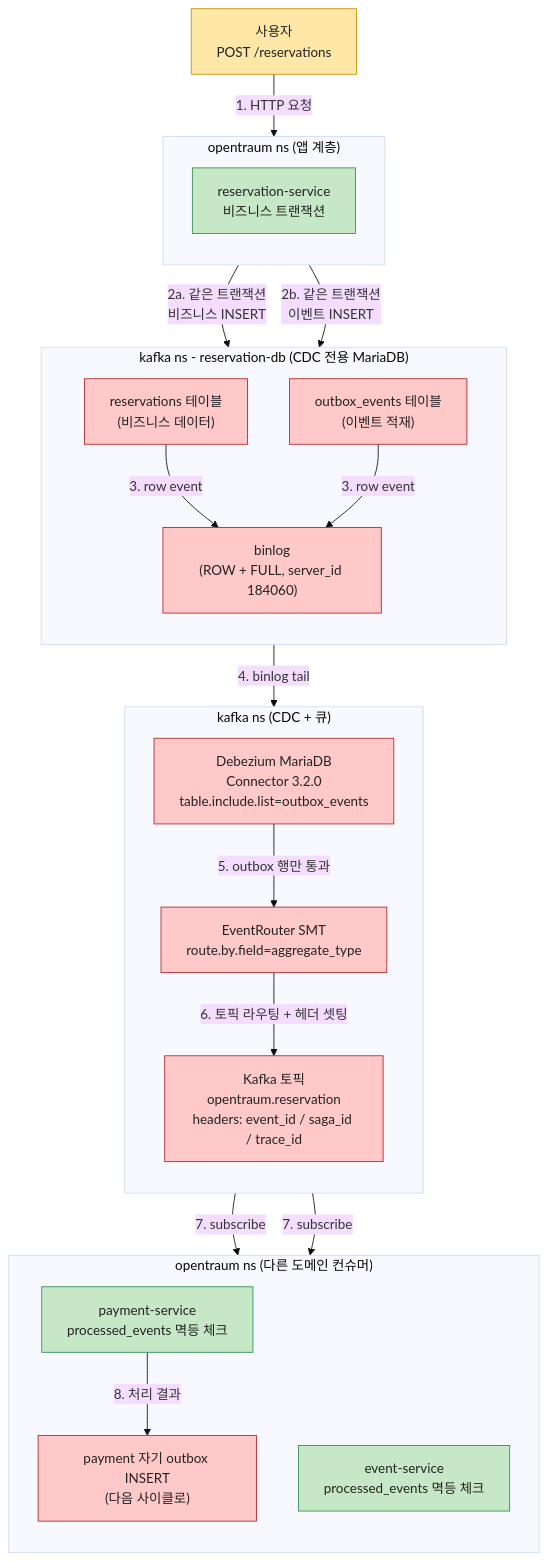
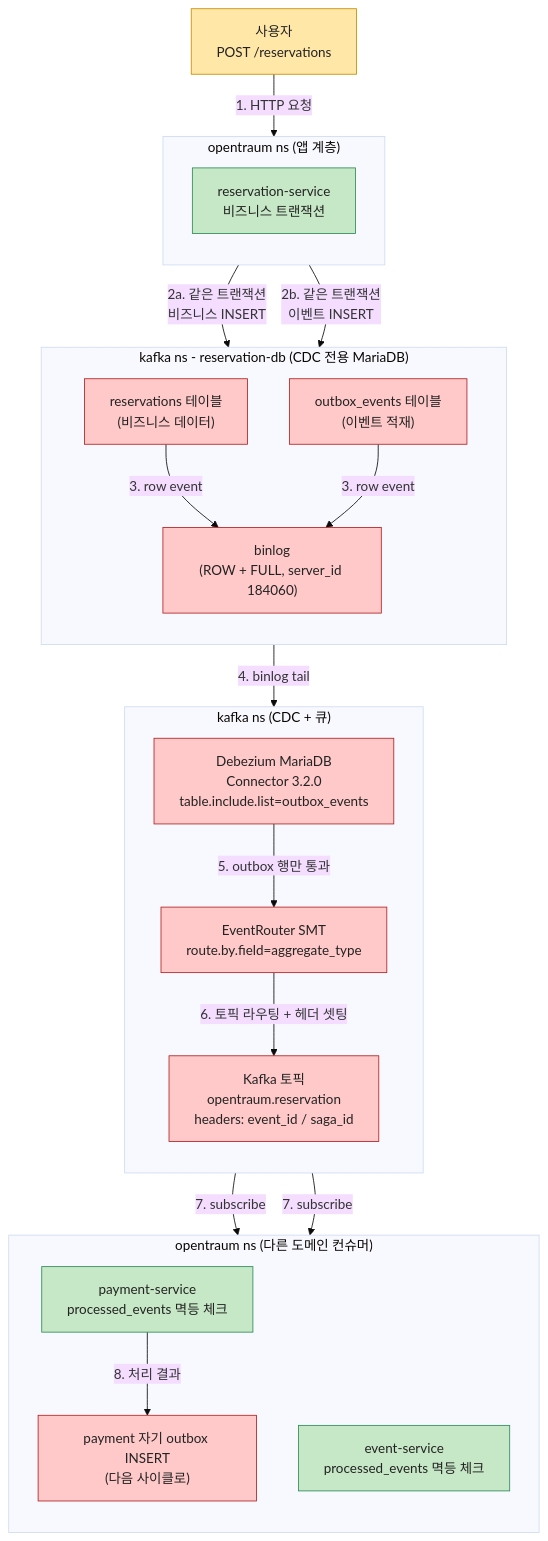
The first of 5 diagrams in docs/OPENTRAUM-INFRA-04-DATA.md (OpenTraum/OpenTraum-Infra), drawn with Mermaid before and after one commit. The commit also changed other lines of this file and 22 other files, not shown here.

````diff
--- a/docs/OPENTRAUM-INFRA-04-DATA.md
+++ b/docs/OPENTRAUM-INFRA-04-DATA.md
@@ -121,47 +120,47 @@
 ```mermaid
 %%{init: {'theme':'base'}}%%
 flowchart TB
   U["사용자<br/>POST /reservations"]:::user
 
   subgraph APP["opentraum ns (앱 계층)"]
     direction TB
     R["reservation-service<br/>비즈니스 트랜잭션"]:::app
   end
 
   subgraph DB["kafka ns - reservation-db (CDC 전용 MariaDB)"]
     direction TB
     BIZ["reservations 테이블<br/>(비즈니스 데이터)"]:::data
     OBX["outbox_events 테이블<br/>(이벤트 적재)"]:::data
     BIN["binlog<br/>(ROW + FULL, server_id 184060)"]:::data
   end
 
   subgraph CON["kafka ns (CDC + 큐)"]
     direction TB
     DEB["Debezium MariaDB<br/>Connector 3.2.0<br/>table.include.list=outbox_events"]:::data
     SMT["EventRouter SMT<br/>route.by.field=aggregate_type"]:::data
-    TOPIC["Kafka 토픽<br/>opentraum.reservation<br/>headers: event_id / saga_id / trace_id"]:::data
+    TOPIC["Kafka 토픽<br/>opentraum.reservation<br/>headers: event_id / saga_id"]:::data
   end
 
   subgraph CONS["opentraum ns (다른 도메인 컨슈머)"]
     direction TB
     PSVC["payment-service<br/>processed_events 멱등 체크"]:::app
     ESVC["event-service<br/>processed_events 멱등 체크"]:::app
     POBX["payment 자기 outbox INSERT<br/>(다음 사이클로)"]:::data
   end
 
   U -->|"1. HTTP 요청"| R
   R -->|"2a. 같은 트랜잭션<br/>비즈니스 INSERT"| BIZ
   R -->|"2b. 같은 트랜잭션<br/>이벤트 INSERT"| OBX
   BIZ -->|"3. row event"| BIN
   OBX -->|"3. row event"| BIN
   BIN -->|"4. binlog tail"| DEB
   DEB -->|"5. outbox 행만 통과"| SMT
   SMT -->|"6. 토픽 라우팅 + 헤더 셋팅"| TOPIC
   TOPIC -->|"7. subscribe"| PSVC
   TOPIC -->|"7. subscribe"| ESVC
   PSVC -->|"8. 처리 결과"| POBX
 
   classDef user fill:#FFE7A8,stroke:#C58E00,color:#222
   classDef app fill:#C7E8C7,stroke:#2E8B57,color:#222
   classDef data fill:#FFC9C9,stroke:#B22222,color:#222
 ```
````
